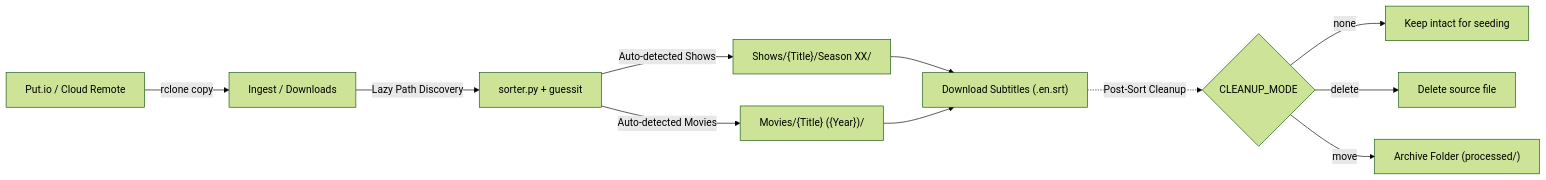
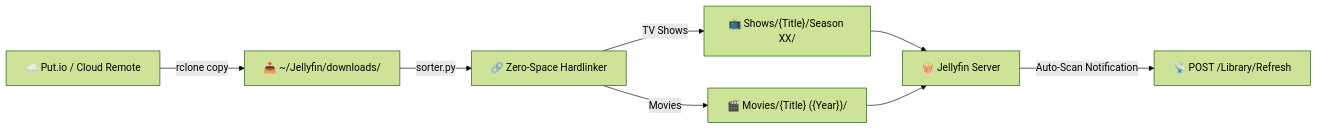
One commit to sircharlesxx/jellyfin-reel-sort changed the first of 4 diagrams in README.md. Above: the diagram before and after it, drawn with Mermaid (forest theme). The commit also changed other lines of this file, not shown here.

Commit message:
docs: rewrite README for human readability with visual Mermaid diagrams and cheatsheets

````diff
--- a/README.md
+++ b/README.md
@@ -25,13 +11,10 @@
 ```mermaid
 flowchart LR
-    PutIO[Put.io / Cloud Remote] -->|rclone copy| Ingest[Ingest / Downloads]
-    Ingest -->|Lazy Path Discovery| Sorter[sorter.py + guessit]
-    Sorter -->|Auto-detected Shows| TVDir["Shows/{Title}/Season XX/"]
-    Sorter -->|Auto-detected Movies| MovieDir["Movies/{Title} ({Year})/"]
-    TVDir --> Subs["Download Subtitles (.en.srt)"]
-    MovieDir --> Subs
-    Subs -.->|Post-Sort Cleanup| Cleanup{"CLEANUP_MODE"}
-    Cleanup -->|none| Seeding[Keep intact for seeding]
-    Cleanup -->|delete| Remove[Delete source file]
-    Cleanup -->|move| Archive["Archive Folder (processed/)"]
+    Cloud["☁️ Put.io / Cloud Remote"] -->|rclone copy| Ingest["📥 ~/Jellyfin/downloads/"]
+    Ingest -->|sorter.py| Hardlink["🔗 Zero-Space Hardlinker"]
+    Hardlink -->|TV Shows| Shows["📺 Shows/{Title}/Season XX/"]
+    Hardlink -->|Movies| Movies["🎬 Movies/{Title} ({Year})/"]
+    Shows --> Jellyfin["🍿 Jellyfin Server"]
+    Movies --> Jellyfin
+    Jellyfin -->|Auto-Scan Notification| API["📡 POST /Library/Refresh"]
 ```
````
